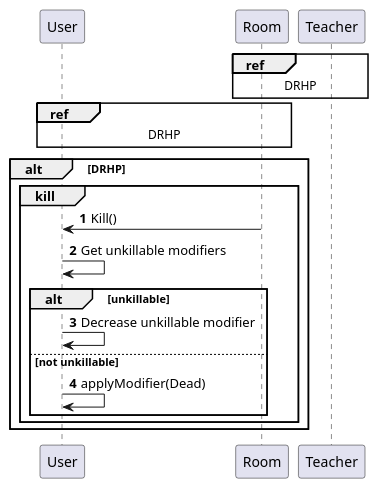
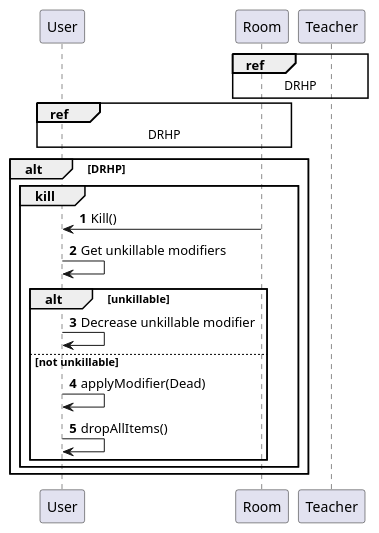
The diagram in resources/sequence_diagrams/teacher_in_new_room.puml (MysticMazeEducators/.github), drawn with PlantUML before and after one commit. The commit also changed 4 other files, not shown here.

```diff
--- a/resources/sequence_diagrams/teacher_in_new_room.puml
+++ b/resources/sequence_diagrams/teacher_in_new_room.puml
@@ -1,24 +1,25 @@
 @startuml
 'https://plantuml.com/sequence-diagram
 
 autonumber
 
 participant "User" as U
 participant "Room" as R
 participant "Teacher" as T
 
 ref over T, R: DRHP
 ref over U, R: DRHP
 
 alt DRHP
     group kill
         R -> U: Kill()
         U -> U: Get unkillable modifiers
         alt unkillable
             U -> U: Decrease unkillable modifier
         else not unkillable
             U -> U: applyModifier(Dead)
+            U -> U: dropAllItems()
         end
     end
 end
 @enduml
```
